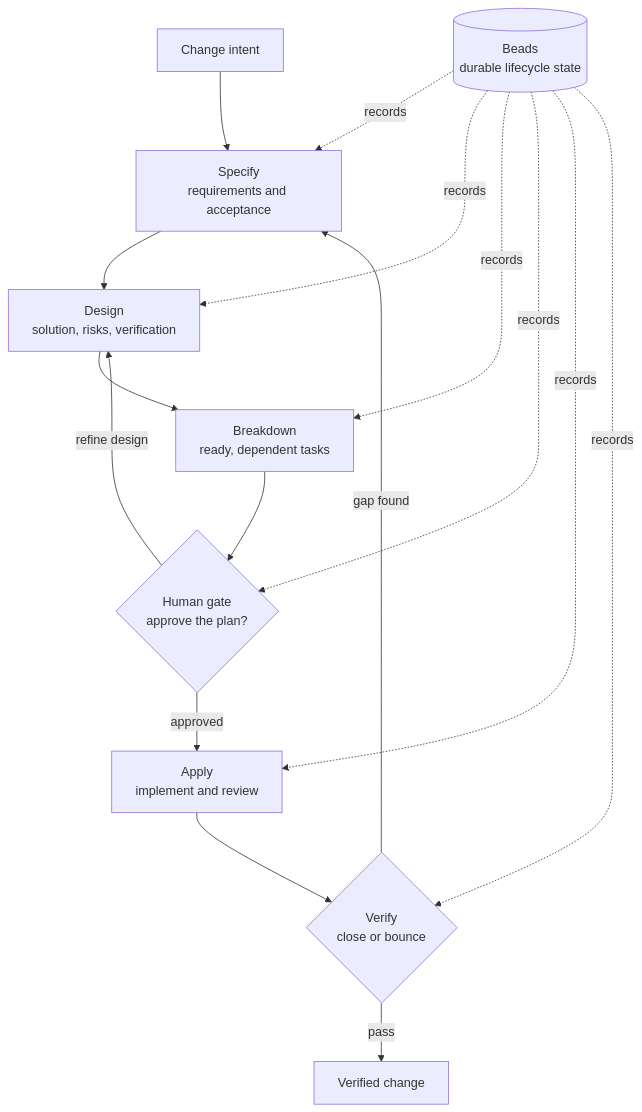
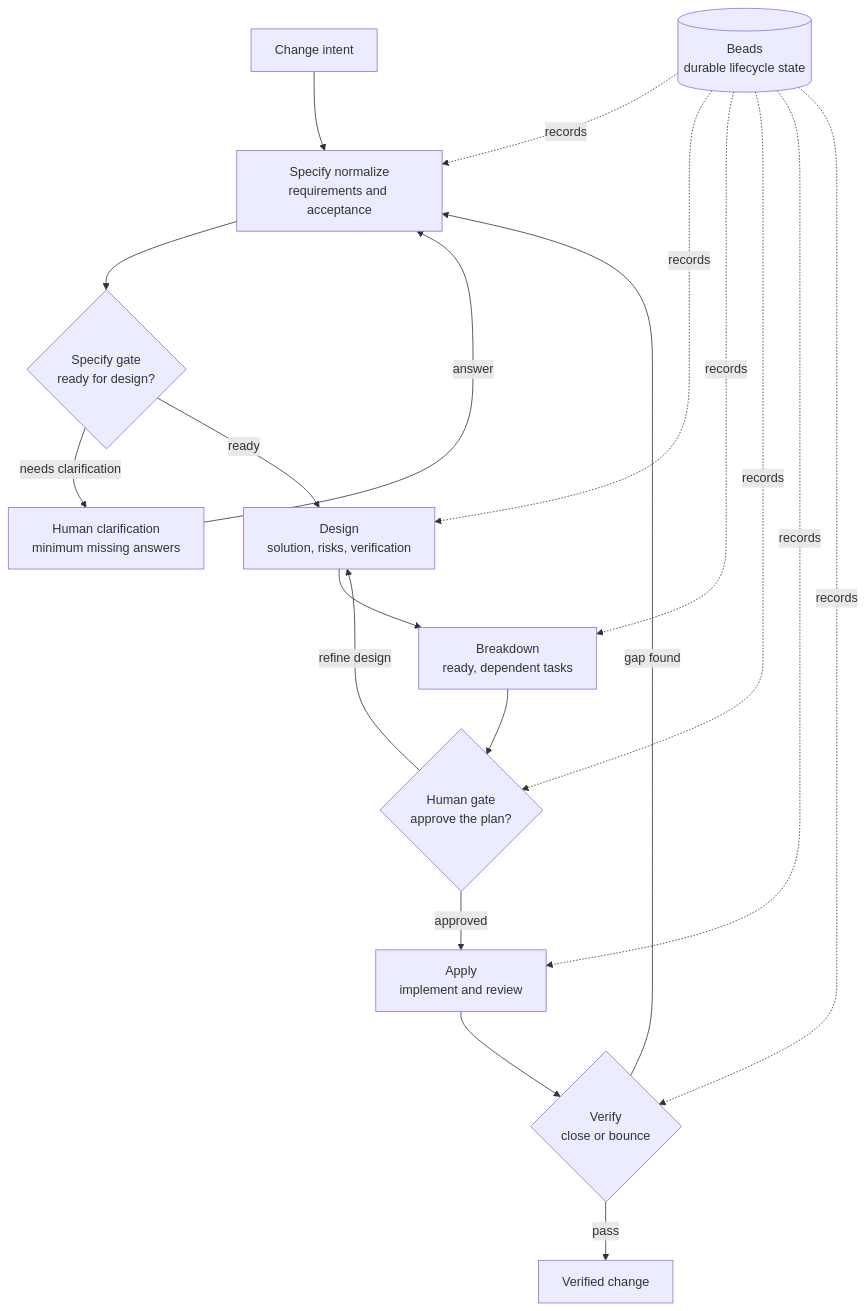
The first of 2 diagrams in README.md (baldaworks/prism), drawn with Mermaid before and after one commit. The commit also changed 8 other files, not shown here.

Commit message:
fix(prism): document specify human clarification loop

````diff
--- a/README.md
+++ b/README.md
@@ -16,20 +16,23 @@
 ```mermaid
 flowchart TB
-    I["Change intent"] --> S["Specify<br/>requirements and acceptance"]
-    S --> D["Design<br/>solution, risks, verification"]
+    I["Change intent"] --> S["Specify normalize<br/>requirements and acceptance"]
+    S --> G{"Specify gate<br/>ready for design?"}
+    G -->|needs clarification| Q["Human clarification<br/>minimum missing answers"]
+    Q -->|answer| S
+    G -->|ready| D["Design<br/>solution, risks, verification"]
     D --> B["Breakdown<br/>ready, dependent tasks"]
     B --> H{"Human gate<br/>approve the plan?"}
     H -->|approved| A["Apply<br/>implement and review"]
     H -->|refine design| D
     A --> V{"Verify<br/>close or bounce"}
     V -->|pass| C["Verified change"]
     V -->|gap found| S
 
     DB[("Beads<br/>durable lifecycle state")]
     DB -. records .-> S
     DB -. records .-> D
     DB -. records .-> B
     DB -. records .-> H
     DB -. records .-> A
     DB -. records .-> V
 ```
````
